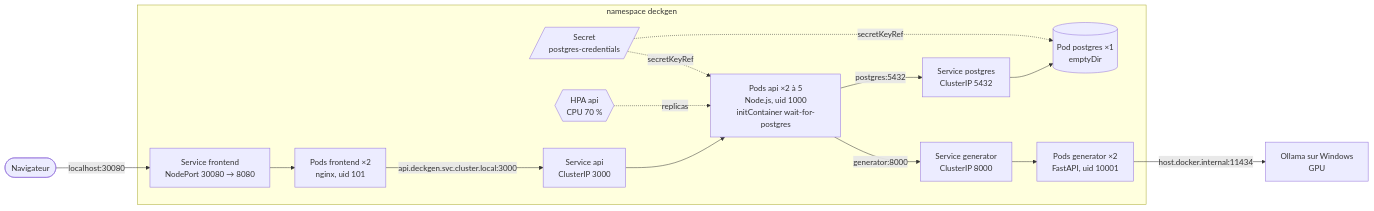
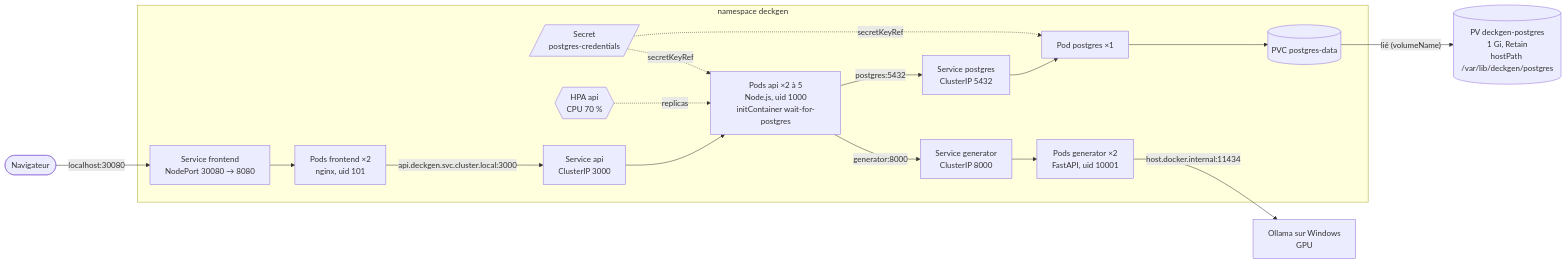
One commit to marc-awad/deckgen changed the diagram in docs/kubernetes.md. Above: the diagram before and after it, drawn with Mermaid. The commit also changed other lines of this file and 3 other files, not shown here.

Commit message:
feat(deploy): persist postgres data with a persistent volume (#38)

````diff
--- a/docs/kubernetes.md
+++ b/docs/kubernetes.md
@@ -13,19 +13,21 @@
 ```mermaid
 flowchart LR
     user([Navigateur]) -- "localhost:30080" --> svcF
 
     subgraph ns [namespace deckgen]
         svcF[Service frontend<br/>NodePort 30080 → 8080] --> podF[Pods frontend ×2<br/>nginx, uid 101]
         podF -- "api.deckgen.svc.cluster.local:3000" --> svcA[Service api<br/>ClusterIP 3000]
         svcA --> podA[Pods api ×2 à 5<br/>Node.js, uid 1000<br/>initContainer wait-for-postgres]
         hpa{{HPA api<br/>CPU 70 %}} -. replicas .-> podA
         podA -- "postgres:5432" --> svcP[Service postgres<br/>ClusterIP 5432]
-        svcP --> podP[(Pod postgres ×1<br/>emptyDir)]
+        svcP --> podP[Pod postgres ×1]
+        podP --> pvc[(PVC postgres-data)]
         podA -- "generator:8000" --> svcG[Service generator<br/>ClusterIP 8000]
         svcG --> podG[Pods generator ×2<br/>FastAPI, uid 10001]
         secret[/Secret<br/>postgres-credentials/] -. secretKeyRef .-> podP
         secret -. secretKeyRef .-> podA
     end
 
+    pvc -- "lié (volumeName)" --> pv[(PV deckgen-postgres<br/>1 Gi, Retain<br/>hostPath /var/lib/deckgen/postgres)]
     podG -- "host.docker.internal:11434" --> ollama[Ollama sur Windows<br/>GPU]
 ```
````
